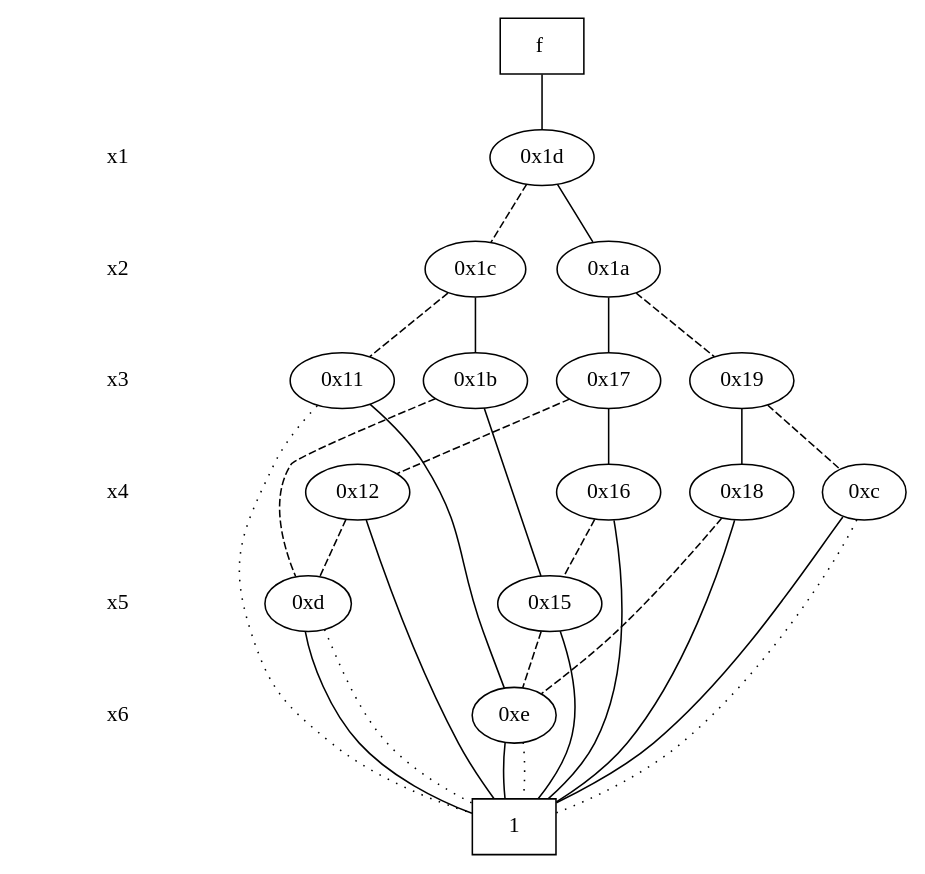
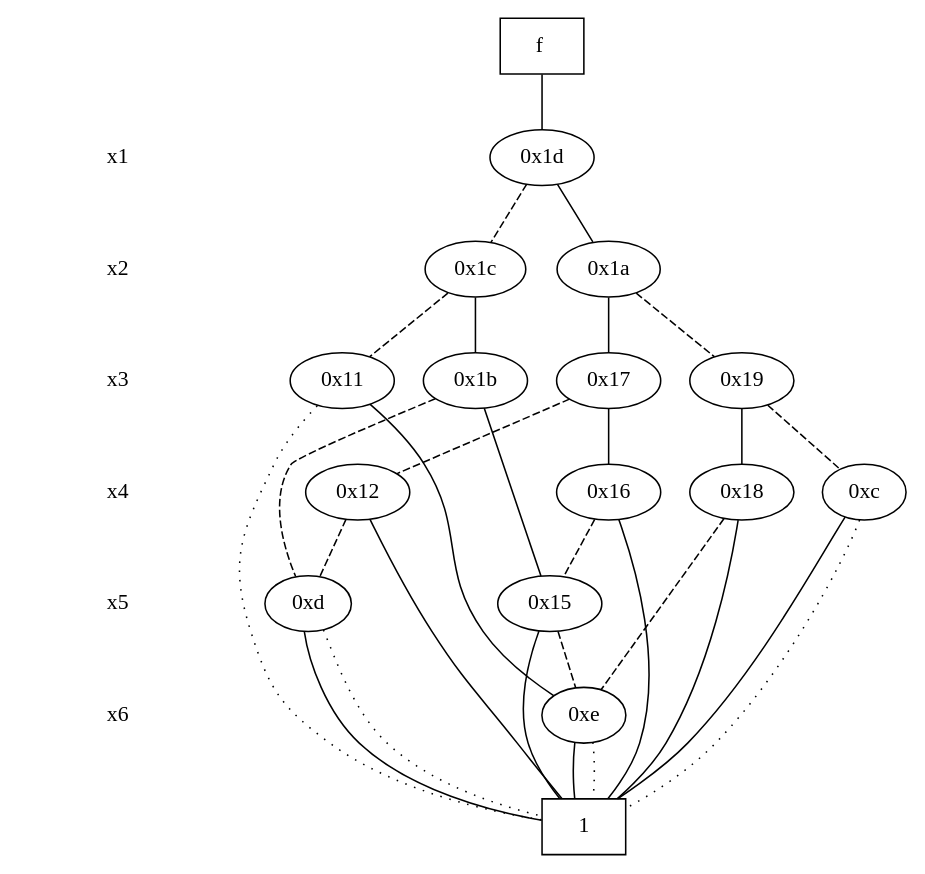
One commit to loipsheng/cudd-3.0.0.1 changed the diagram in expretest/original_bdd.dot. Above: the diagram before and after it, drawn with Graphviz. The commit also changed other lines of this file and 3 other files, not shown here.

```diff
--- a/expretest/original_bdd.dot
+++ b/expretest/original_bdd.dot
@@ -1,72 +1,72 @@
 digraph "DD" {
 size = "7.5,10"
 center = true;
 edge [dir = none];
 { node [shape = plaintext];
   edge [style = invis];
   "CONST NODES" [style = invis];
 " x1 " -> " x2 " -> " x3 " -> " x4 " -> " x5 " -> " x6 " -> "CONST NODES"; 
 }
 { rank = same; node [shape = box]; edge [style = invis];
 "  f  "; }
 { rank = same; " x1 ";
 "0x1d";
 }
 { rank = same; " x2 ";
 "0x1c";
 "0x1a";
 }
 { rank = same; " x3 ";
+"0x11";
+"0x19";
 "0x17";
 "0x1b";
-"0x11";
-"0x19";
 }
 { rank = same; " x4 ";
+"0x16";
 "0xc";
 "0x12";
 "0x18";
-"0x16";
 }
 { rank = same; " x5 ";
 "0xd";
 "0x15";
 }
 { rank = same; " x6 ";
 "0xe";
 }
 { rank = same; "CONST NODES";
 { node [shape = box]; "0x5";
 }
 }
 "  f  " -> "0x1d" [style = solid];
 "0x1d" -> "0x1a";
 "0x1d" -> "0x1c" [style = dashed];
 "0x1c" -> "0x1b";
 "0x1c" -> "0x11" [style = dashed];
 "0x1a" -> "0x17";
 "0x1a" -> "0x19" [style = dashed];
+"0x11" -> "0xe";
+"0x11" -> "0x5" [style = dotted];
+"0x19" -> "0x18";
+"0x19" -> "0xc" [style = dashed];
 "0x17" -> "0x16";
 "0x17" -> "0x12" [style = dashed];
 "0x1b" -> "0x15";
 "0x1b" -> "0xd" [style = dashed];
-"0x11" -> "0xe";
-"0x11" -> "0x5" [style = dotted];
-"0x19" -> "0x18";
-"0x19" -> "0xc" [style = dashed];
+"0x16" -> "0x5";
+"0x16" -> "0x15" [style = dashed];
 "0xc" -> "0x5";
 "0xc" -> "0x5" [style = dotted];
 "0x12" -> "0x5";
 "0x12" -> "0xd" [style = dashed];
 "0x18" -> "0x5";
 "0x18" -> "0xe" [style = dashed];
-"0x16" -> "0x5";
-"0x16" -> "0x15" [style = dashed];
 "0xd" -> "0x5";
 "0xd" -> "0x5" [style = dotted];
 "0x15" -> "0x5";
 "0x15" -> "0xe" [style = dashed];
 "0xe" -> "0x5";
 "0xe" -> "0x5" [style = dotted];
 "0x5" [label = "1"];
 }
```
